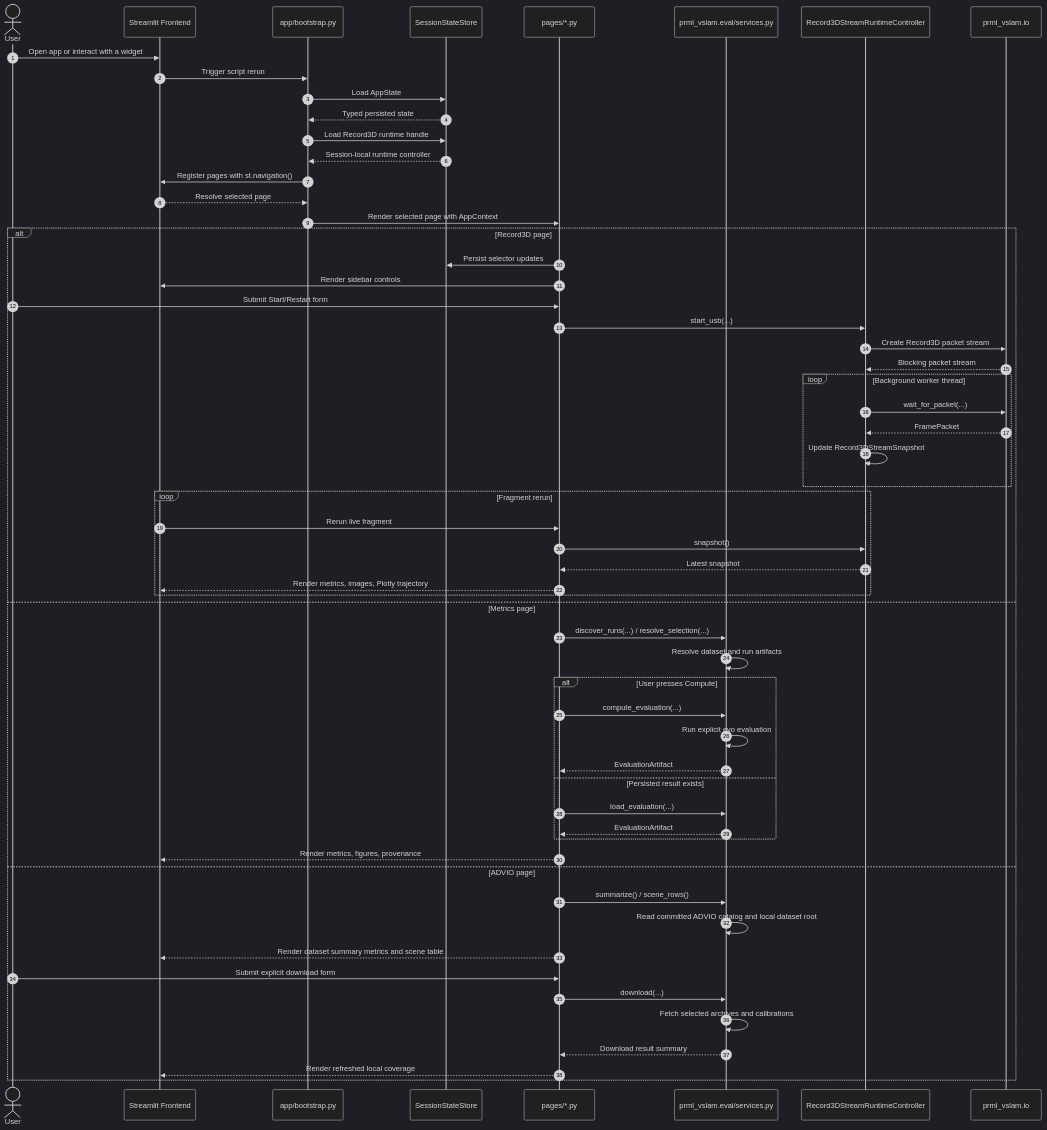
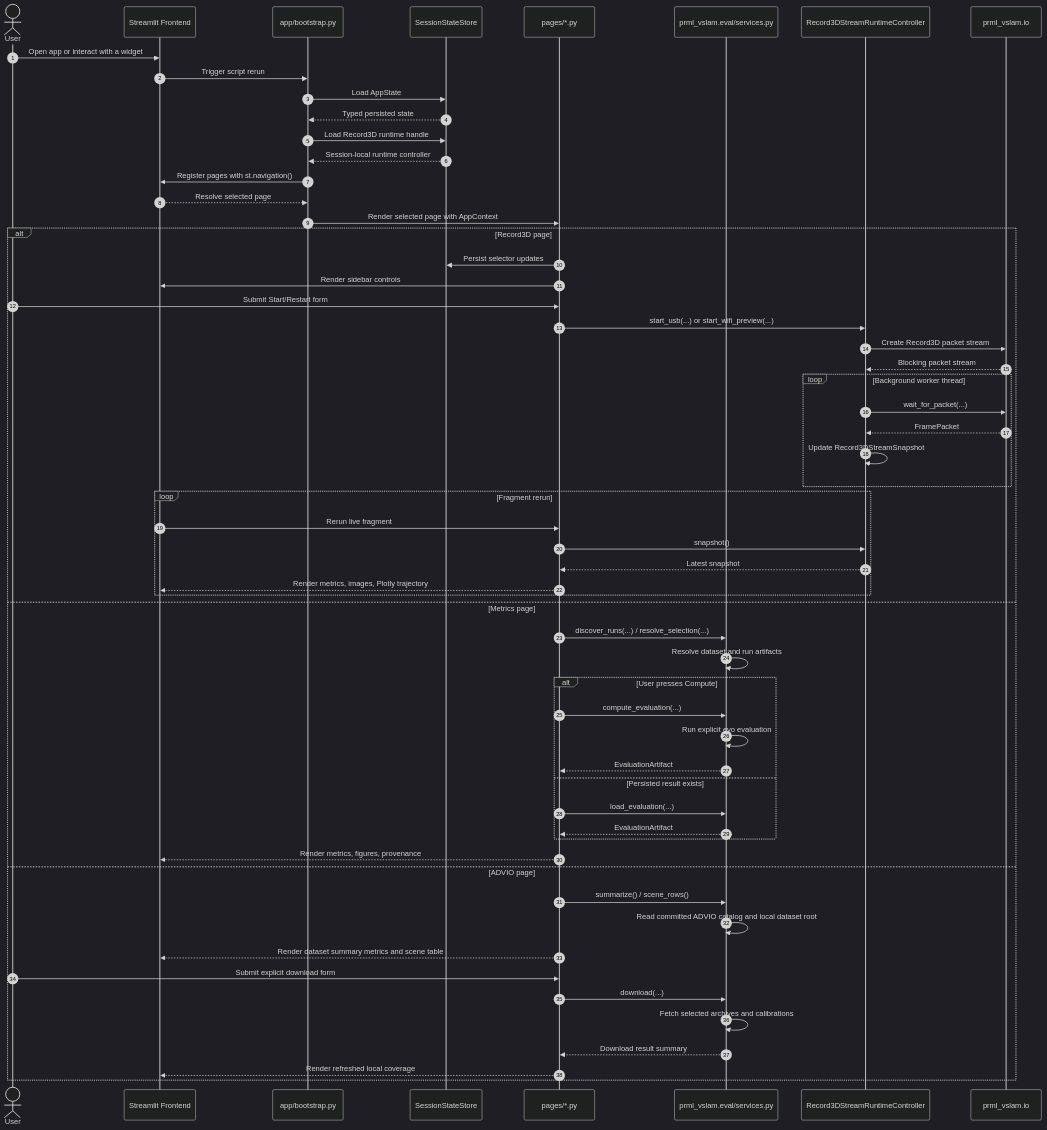
One commit to JanDuchscherer104/prml-vslam changed the diagram in src/prml_vslam/app/README.qmd. Above: the diagram before and after it, drawn with Mermaid (dark theme). The commit also changed other lines of this file and 3 other files, not shown here.

````diff
--- a/src/prml_vslam/app/README.qmd
+++ b/src/prml_vslam/app/README.qmd
@@ -44,63 +44,63 @@
 ```{mermaid}
 sequenceDiagram
     autonumber
     actor User
     participant Browser as Streamlit Frontend
     participant Bootstrap as app/bootstrap.py
     participant Store as SessionStateStore
     participant Page as pages/*.py
     participant Service as prml_vslam.eval/services.py
     participant Runtime as Record3DStreamRuntimeController
     participant IO as prml_vslam.io
 
     User->>Browser: Open app or interact with a widget
     Browser->>Bootstrap: Trigger script rerun
     Bootstrap->>Store: Load AppState
     Store-->>Bootstrap: Typed persisted state
     Bootstrap->>Store: Load Record3D runtime handle
     Store-->>Bootstrap: Session-local runtime controller
     Bootstrap->>Browser: Register pages with st.navigation()
     Browser-->>Bootstrap: Resolve selected page
     Bootstrap->>Page: Render selected page with AppContext
 
     alt Record3D page
         Page->>Store: Persist selector updates
         Page->>Browser: Render sidebar controls
         User->>Page: Submit Start/Restart form
-        Page->>Runtime: start_usb(...)
+        Page->>Runtime: start_usb(...) or start_wifi_preview(...)
         Runtime->>IO: Create Record3D packet stream
         IO-->>Runtime: Blocking packet stream
         loop Background worker thread
             Runtime->>IO: wait_for_packet(...)
             IO-->>Runtime: FramePacket
             Runtime->>Runtime: Update Record3DStreamSnapshot
         end
         loop Fragment rerun
             Browser->>Page: Rerun live fragment
             Page->>Runtime: snapshot()
             Runtime-->>Page: Latest snapshot
             Page-->>Browser: Render metrics, images, Plotly trajectory
         end
     else Metrics page
         Page->>Service: discover_runs(...) / resolve_selection(...)
         Service->>Service: Resolve dataset and run artifacts
         alt User presses Compute
             Page->>Service: compute_evaluation(...)
             Service->>Service: Run explicit evo evaluation
             Service-->>Page: EvaluationArtifact
         else Persisted result exists
             Page->>Service: load_evaluation(...)
             Service-->>Page: EvaluationArtifact
         end
         Page-->>Browser: Render metrics, figures, provenance
     else ADVIO page
         Page->>Service: summarize() / scene_rows()
         Service->>Service: Read committed ADVIO catalog and local dataset root
         Page-->>Browser: Render dataset summary metrics and scene table
         User->>Page: Submit explicit download form
         Page->>Service: download(...)
         Service->>Service: Fetch selected archives and calibrations
         Service-->>Page: Download result summary
         Page-->>Browser: Render refreshed local coverage
     end
 ```
````
